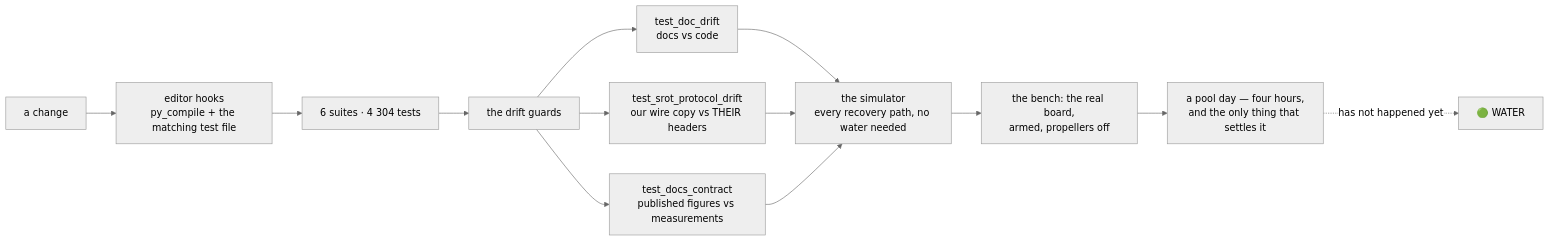
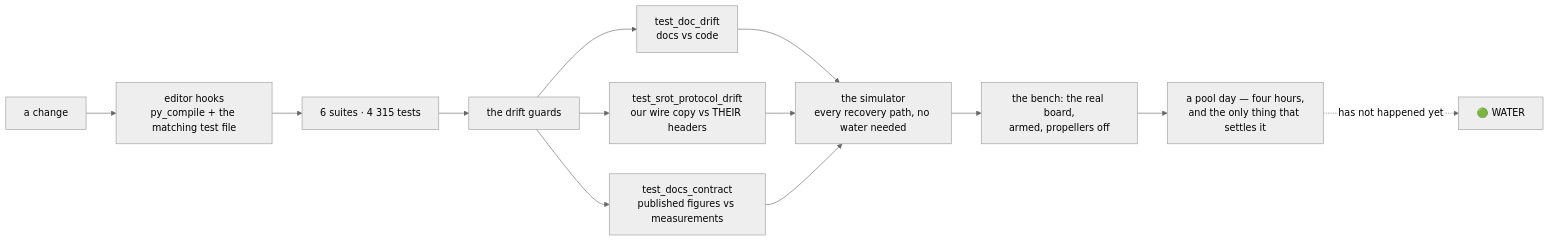
The ninth of 10 diagrams in README.md (fh1m/mongla_ws), drawn with Mermaid (neutral theme) before and after one commit. The commit also changed other lines of this file and 19 other files, not shown here.

````diff
--- a/README.md
+++ b/README.md
@@ -752,15 +752,15 @@
 ```mermaid
 flowchart LR
     DEV["a change"] --> HOOK["editor hooks<br/>py_compile + the matching test file"]
-    HOOK --> UNIT["6 suites · 4 304 tests"]
+    HOOK --> UNIT["6 suites · 4 315 tests"]
     UNIT --> GUARD["the drift guards"]
     GUARD --> G1["test_doc_drift<br/>docs vs code"]
     GUARD --> G2["test_srot_protocol_drift<br/>our wire copy vs THEIR headers"]
     GUARD --> G3["test_docs_contract<br/>published figures vs measurements"]
     G1 --> SIM["the simulator<br/>every recovery path, no water needed"]
     G2 --> SIM
     G3 --> SIM
     SIM --> BENCH["the bench: the real board,<br/>armed, propellers off"]
     BENCH --> POOL["a pool day — four hours,<br/>and the only thing that settles it"]
     POOL -.->|"has not happened yet"| WATER["🟢 WATER"]
 ```
````
